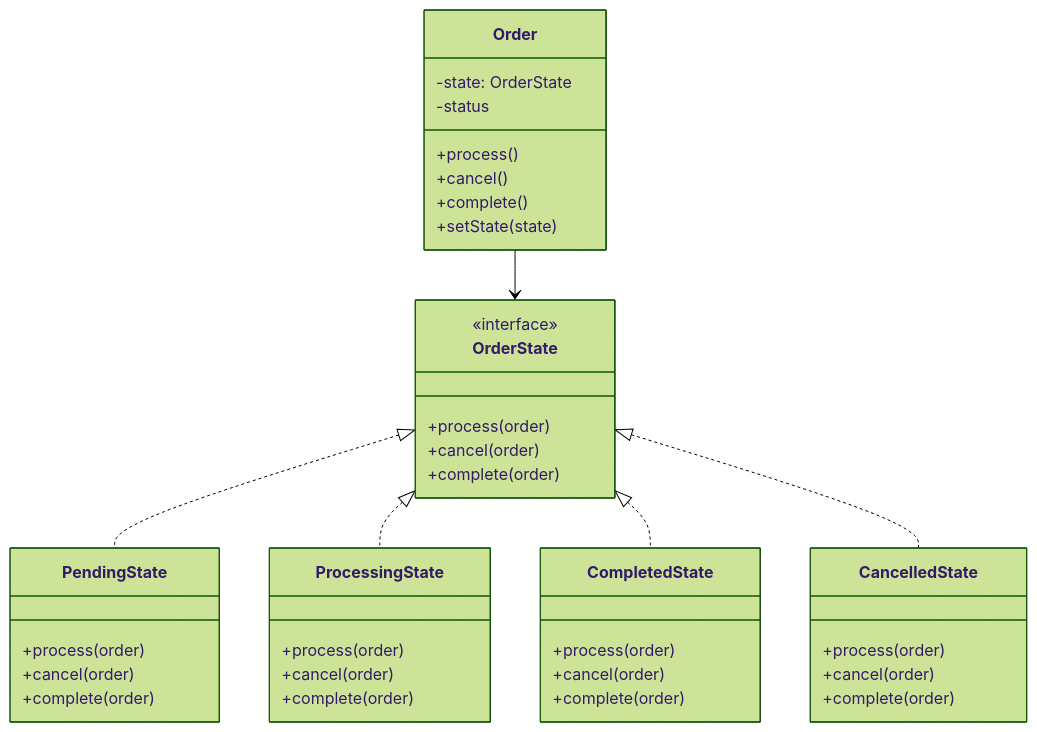
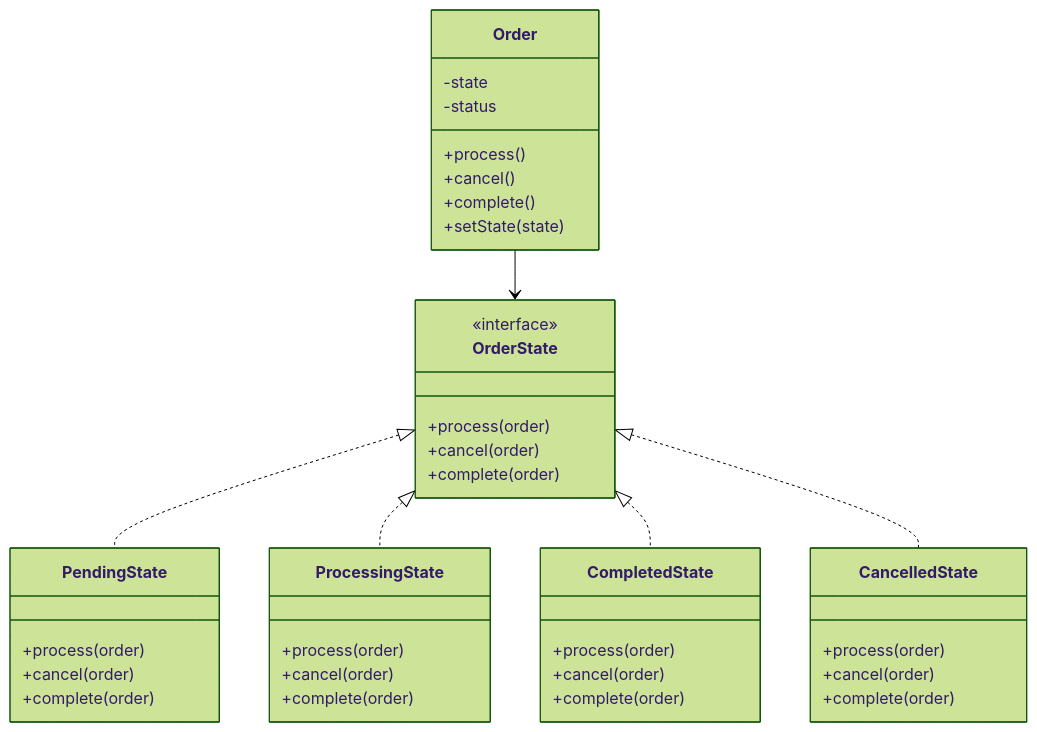
One commit to fanly/DesignPattern changed the third of 4 diagrams in resources/design-patterns/laravel/behavioral/state_en.md. Above: the diagram before and after it, drawn with Mermaid (forest theme). The commit also changed other lines of this file and 17 other files, not shown here.

````diff
--- a/resources/design-patterns/laravel/behavioral/state_en.md
+++ b/resources/design-patterns/laravel/behavioral/state_en.md
@@ -82,48 +82,48 @@
 ```mermaid
 classDiagram
     class Order {
-        -state: OrderState
+        -state
         -status
         +process()
         +cancel()
         +complete()
         +setState(state)
     }
     
     class OrderState {
         <<interface>>
         +process(order)
         +cancel(order)
         +complete(order)
     }
     
     class PendingState {
         +process(order)
         +cancel(order)
         +complete(order)
     }
     
     class ProcessingState {
         +process(order)
         +cancel(order)
         +complete(order)
     }
     
     class CompletedState {
         +process(order)
         +cancel(order)
         +complete(order)
     }
     
     class CancelledState {
         +process(order)
         +cancel(order)
         +complete(order)
     }
     
     Order --> OrderState
     OrderState <|.. PendingState
     OrderState <|.. ProcessingState
     OrderState <|.. CompletedState
     OrderState <|.. CancelledState
 ```
````
